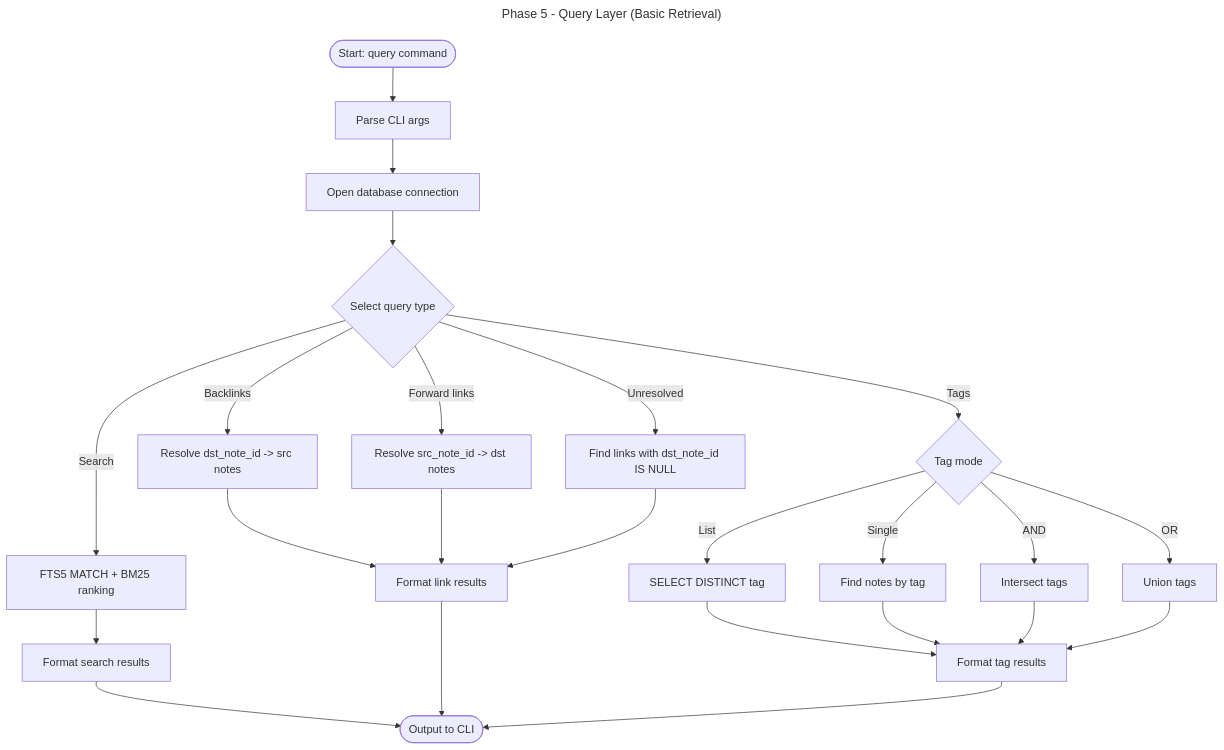
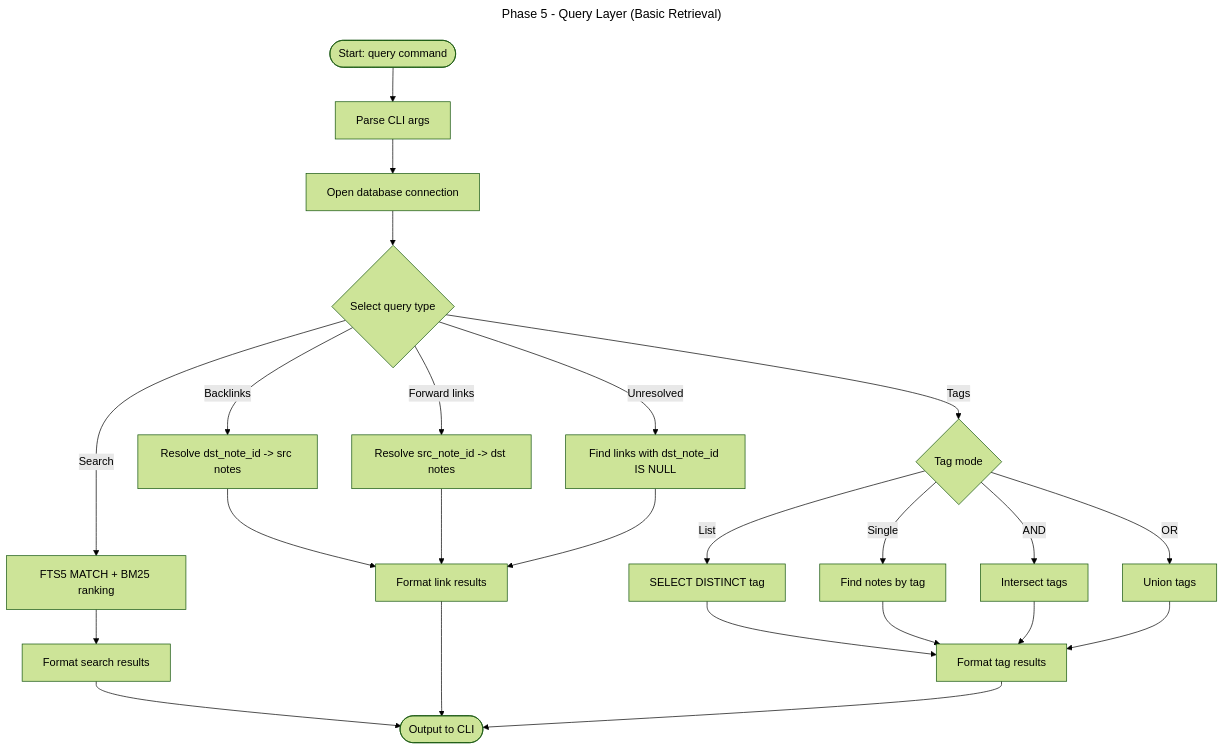
Before and after one commit to jingyi-zhao-01/obsidian-cli-inspector: the diagram in docs/ADR-5/phase5.mermaid, drawn with Mermaid. The commit also changed 9 other files, not shown here.

```diff
--- a/docs/ADR-5/phase5.mermaid
+++ b/docs/ADR-5/phase5.mermaid
@@ -1,33 +1,35 @@
 ---
 title: Phase 5 - Query Layer (Basic Retrieval)
+config:
+  theme: 'forest'
 ---
 flowchart TD
     start(["Start: query command"]) --> parse["Parse CLI args"]
     parse --> connect["Open database connection"]
     connect --> route{"Select query type"}
 
     route -- "Search" --> fts["FTS5 MATCH + BM25 ranking"]
     fts --> searchFmt["Format search results"]
 
     route -- "Backlinks" --> backlinks["Resolve dst_note_id -> src notes"]
     backlinks --> linkFmt["Format link results"]
 
     route -- "Forward links" --> forward["Resolve src_note_id -> dst notes"]
     forward --> linkFmt
 
     route -- "Unresolved" --> unresolved["Find links with dst_note_id IS NULL"]
     unresolved --> linkFmt
 
     route -- "Tags" --> tagMode{"Tag mode"}
     tagMode -- "List" --> listTags["SELECT DISTINCT tag"]
     tagMode -- "Single" --> byTag["Find notes by tag"]
     tagMode -- "AND" --> andTags["Intersect tags"]
     tagMode -- "OR" --> orTags["Union tags"]
     listTags --> tagFmt["Format tag results"]
     byTag --> tagFmt
     andTags --> tagFmt
     orTags --> tagFmt
 
     searchFmt --> done(["Output to CLI"]) 
     linkFmt --> done
     tagFmt --> done
```
